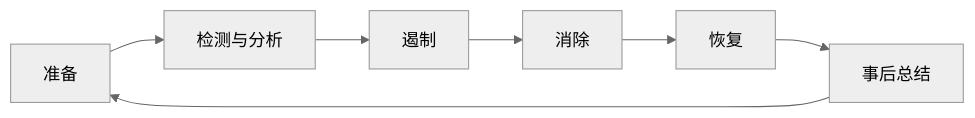
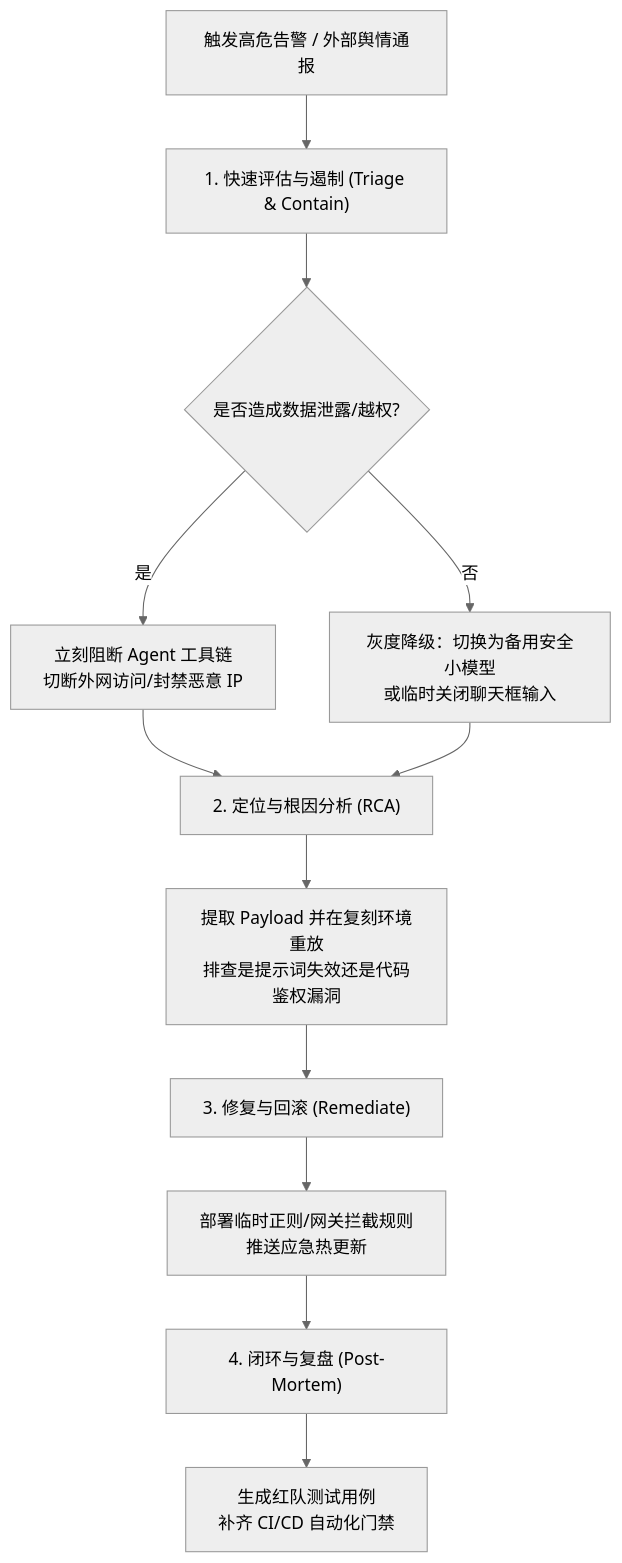
The diagram in 10_operations/10.3_incident_response.md (yeasy/ai_security_guide), drawn with Mermaid (neutral theme) before and after one commit. The commit also changed other lines of this file and 4 other files, not shown here.

````diff
--- a/10_operations/10.3_incident_response.md
+++ b/10_operations/10.3_incident_response.md
@@ -18,9 +20,14 @@
 ```mermaid
-flowchart LR
-    A["准备"] --> B["检测与分析"]
-    B --> C["遏制"]
-    C --> D["消除"]
-    D --> E["恢复"]
-    E --> F["事后总结"]
-    F --> A
+flowchart TD
+    A["触发高危告警 / 外部舆情通报"] --> B["1. 快速评估与遏制 (Triage & Contain)"]
+    B --> C{"是否造成数据泄露/越权?"}
+    C -- "是" --> D["立刻阻断 Agent 工具链<br/>切断外网访问/封禁恶意 IP"]
+    C -- "否" --> E["灰度降级：切换为备用安全小模型<br/>或临时关闭聊天框输入"]
+    D --> F["2. 定位与根因分析 (RCA)"]
+    E --> F
+    F --> G["提取 Payload 并在复刻环境重放<br/>排查是提示词失效还是代码鉴权漏洞"]
+    G --> H["3. 修复与回滚 (Remediate)"]
+    H --> I["部署临时正则/网关拦截规则<br/>推送应急热更新"]
+    I --> J["4. 闭环与复盘 (Post-Mortem)"]
+    J --> K["生成红队测试用例<br/>补齐 CI/CD 自动化门禁"]
 ```
````
